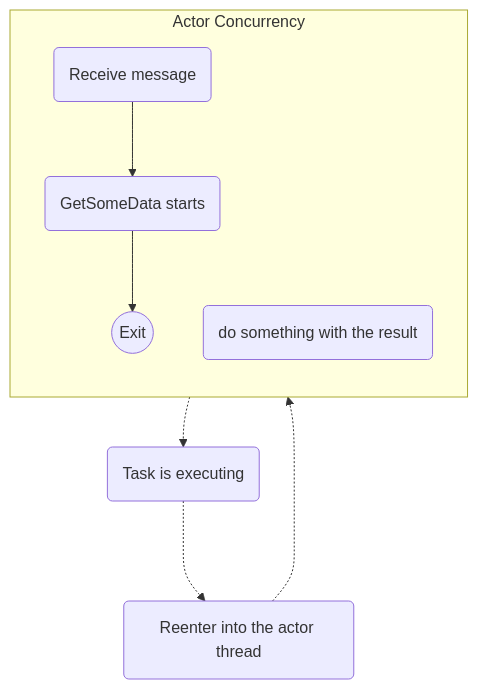
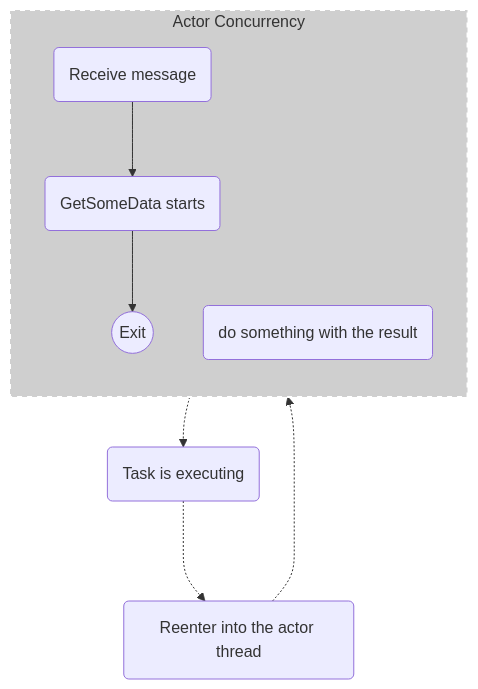
One commit to asynkron/protoactor-website changed the second of 2 diagrams in hugo/content/docs/reenter.md. Above: the diagram before and after it, drawn with Mermaid. The commit also changed other lines of this file, not shown here.

````diff
--- a/hugo/content/docs/reenter.md
+++ b/hugo/content/docs/reenter.md
@@ -73,24 +74,25 @@
 ```mermaid
     graph TB
     receive(Receive message)
     start(GetSomeData starts)
     await(Reenter into the actor thread)
     blocked(Task is executing)
     class blocked green
     rest(do something with the result)
     exit((Exit))
     class exit gray
 
 
-subgraph Actor Concurrency
+subgraph ac [Actor Concurrency]
+    style ac fill:#00000030, stroke-dasharray: 5, stroke: #ffffff, stroke-width:2px
     direction TB
     receive --> start --> exit
     rest
 end
 
 blocked -..-> await
 start -.-> blocked
 await -.-> rest
 
 
 ```
````
